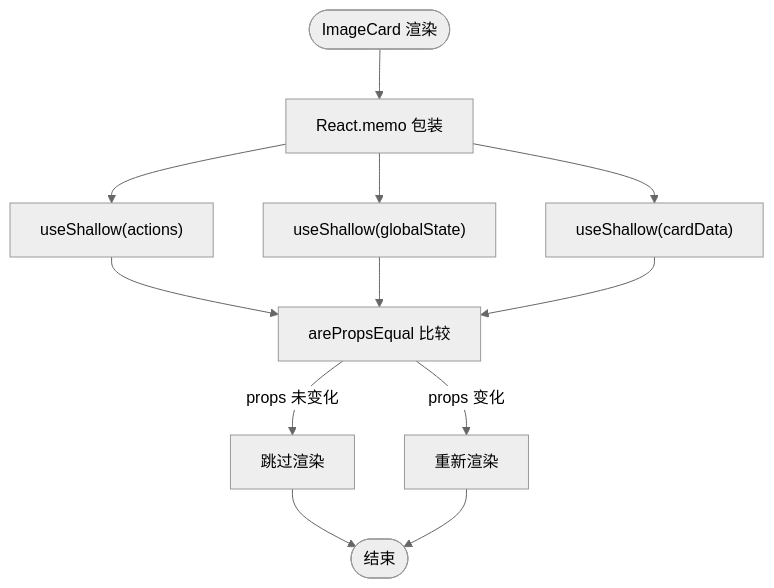
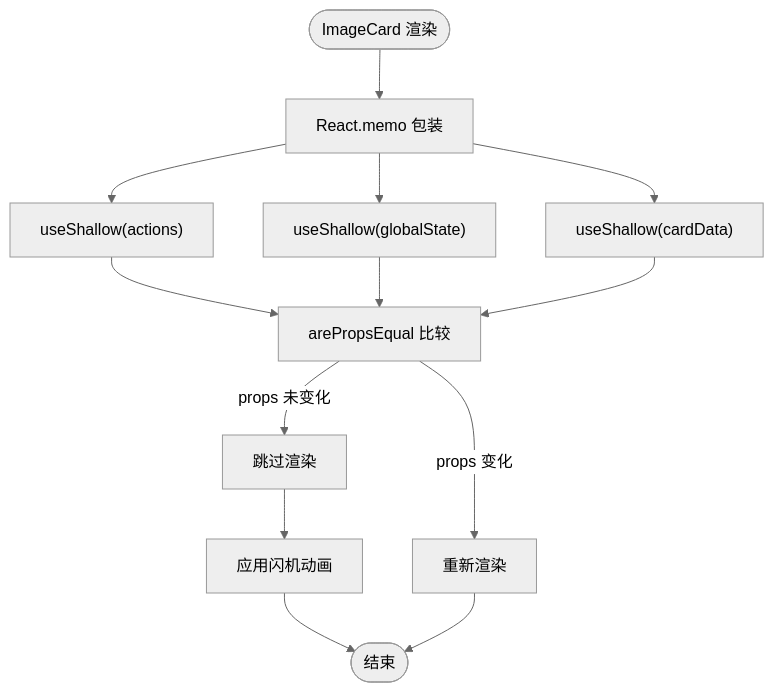
The fifth of 11 diagrams in .qoder/repowiki/zh/content/用户界面组件/核心界面组件/图片墙组件 (PhotoWall).md (billye220670/CorineKit_Pix2Real), drawn with Mermaid (neutral theme) before and after one commit. The commit also changed other lines of this file and 10 other files, not shown here.

Commit message:
feat: LoRA触发词右键上下文菜单与未使用检测 - 新增PromptContextMenu多层级右键菜单组件 - 移除侧边栏LoRA触发词文本显示，改为未使用时黄色警告图标 - 提示词输入框右键弹出菜单，支持插入LoRA触发词和标签分类数据 - Text2ImgSidebar和ZITSidebar同步更新

````diff
--- a/.qoder/repowiki/zh/content/用户界面组件/核心界面组件/图片墙组件 (PhotoWall).md
+++ b/.qoder/repowiki/zh/content/用户界面组件/核心界面组件/图片墙组件 (PhotoWall).md
@@ -275,14 +291,15 @@
 ```mermaid
 flowchart TD
 Start(["ImageCard 渲染"]) --> Memo["React.memo 包装"]
 Memo --> Shallow1["useShallow(actions)"]
 Memo --> Shallow2["useShallow(globalState)"]
 Memo --> Shallow3["useShallow(cardData)"]
 Shallow1 --> CompareProps["arePropsEqual 比较"]
 Shallow2 --> CompareProps
 Shallow3 --> CompareProps
 CompareProps --> |props 变化| ReRender["重新渲染"]
 CompareProps --> |props 未变化| SkipRender["跳过渲染"]
-SkipRender --> End(["结束"])
+SkipRender --> FlashAnim["应用闪机动画"]
+FlashAnim --> End(["结束"])
 ReRender --> End
 ```
````
